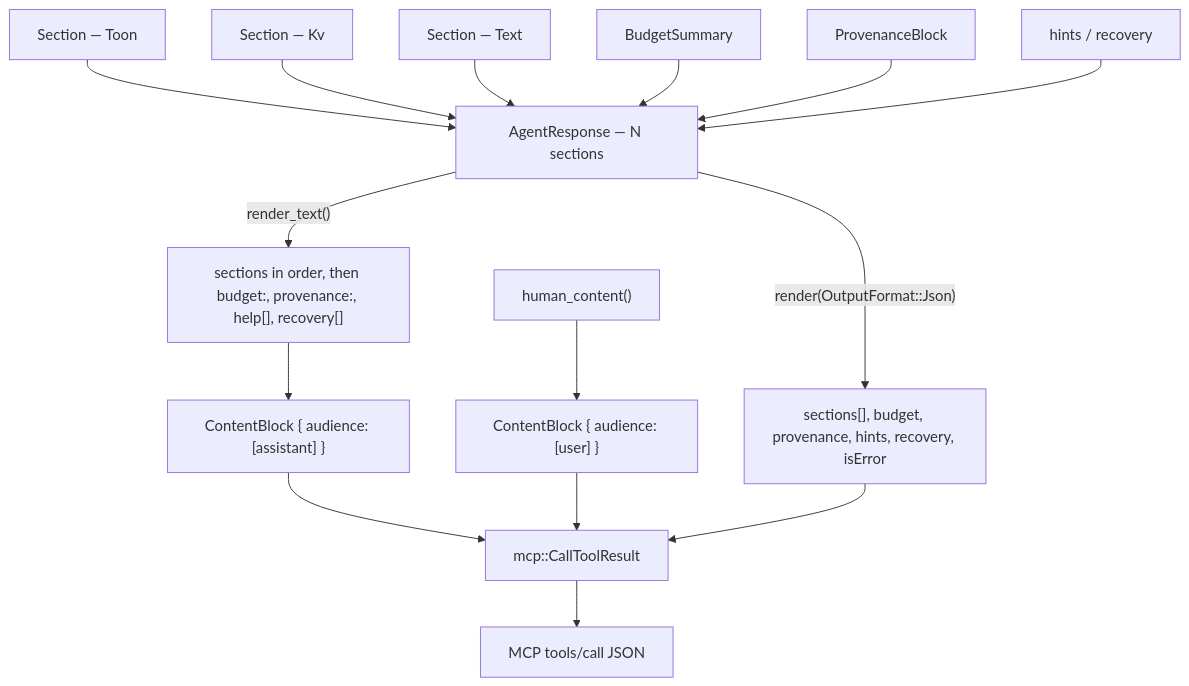
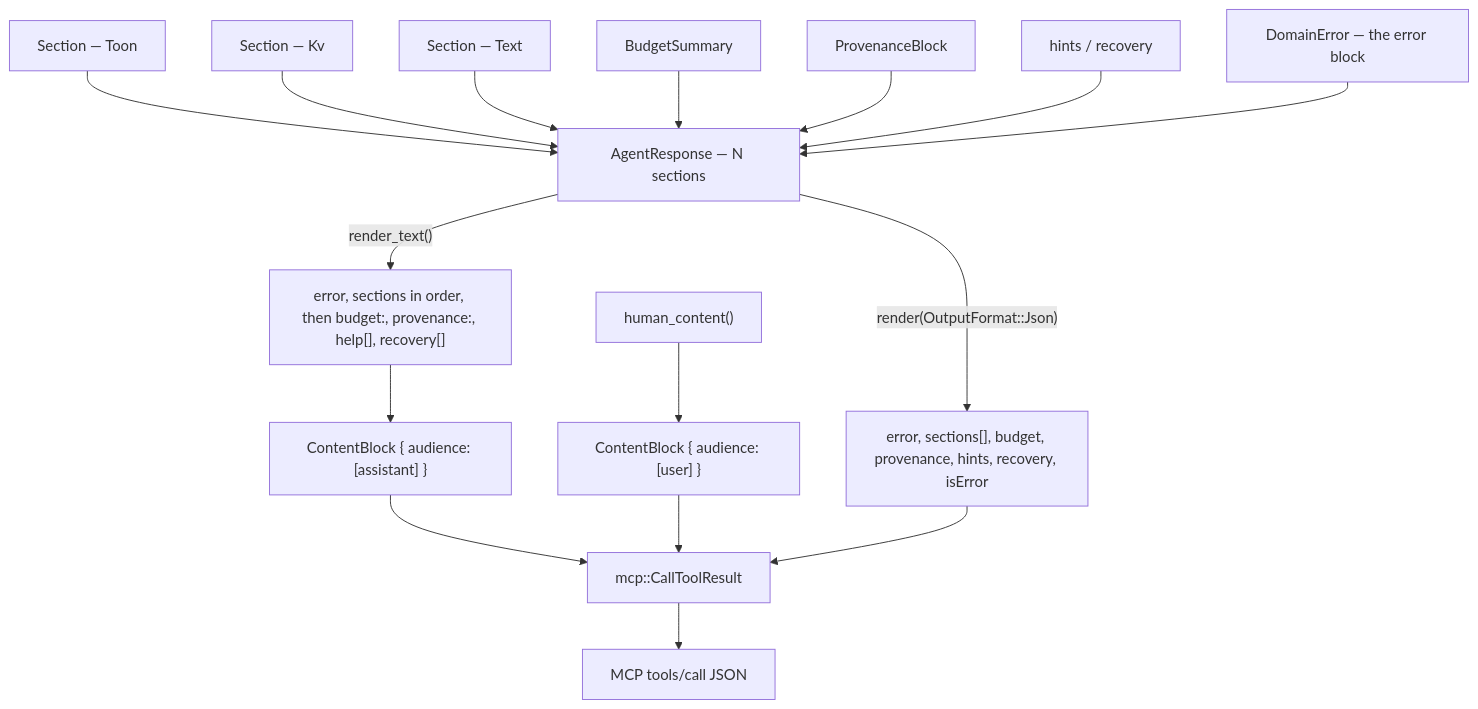
One commit to orin-dx/michi changed the diagram in docs/spec/07-wisp-and-monokl-envelope.md. Above: the diagram before and after it, drawn with Mermaid. The commit also changed other lines of this file and 28 other files, not shown here.

````diff
--- a/docs/spec/07-wisp-and-monokl-envelope.md
+++ b/docs/spec/07-wisp-and-monokl-envelope.md
@@ -279,29 +299,31 @@
 ```mermaid
 flowchart TB
     S1["Section — Toon"]
     S2["Section — Kv"]
     SN["Section — Text"]
     B["BudgetSummary"]
     P["ProvenanceBlock"]
     HR["hints / recovery"]
+    E["DomainError — the error block"]
 
     S1 --> AR
     S2 --> AR
     SN --> AR
     B --> AR
     P --> AR
     HR --> AR
+    E --> AR
 
     AR["AgentResponse — N sections"]
 
-    AR -->|"render_text()"| text["sections in order, then budget:, provenance:, help[], recovery[]"]
-    AR -->|"render(OutputFormat::Json)"| json["sections[], budget, provenance, hints, recovery, isError"]
+    AR -->|"render_text()"| text["error, sections in order, then budget:, provenance:, help[], recovery[]"]
+    AR -->|"render(OutputFormat::Json)"| json["error, sections[], budget, provenance, hints, recovery, isError"]
 
     text --> block["ContentBlock { audience: [assistant] }"]
     human["human_content()"] --> ublock["ContentBlock { audience: [user] }"]
 
     block --> ctr["mcp::CallToolResult"]
     ublock --> ctr
     json --> ctr
     ctr --> wire["MCP tools/call JSON"]
 ```
````
